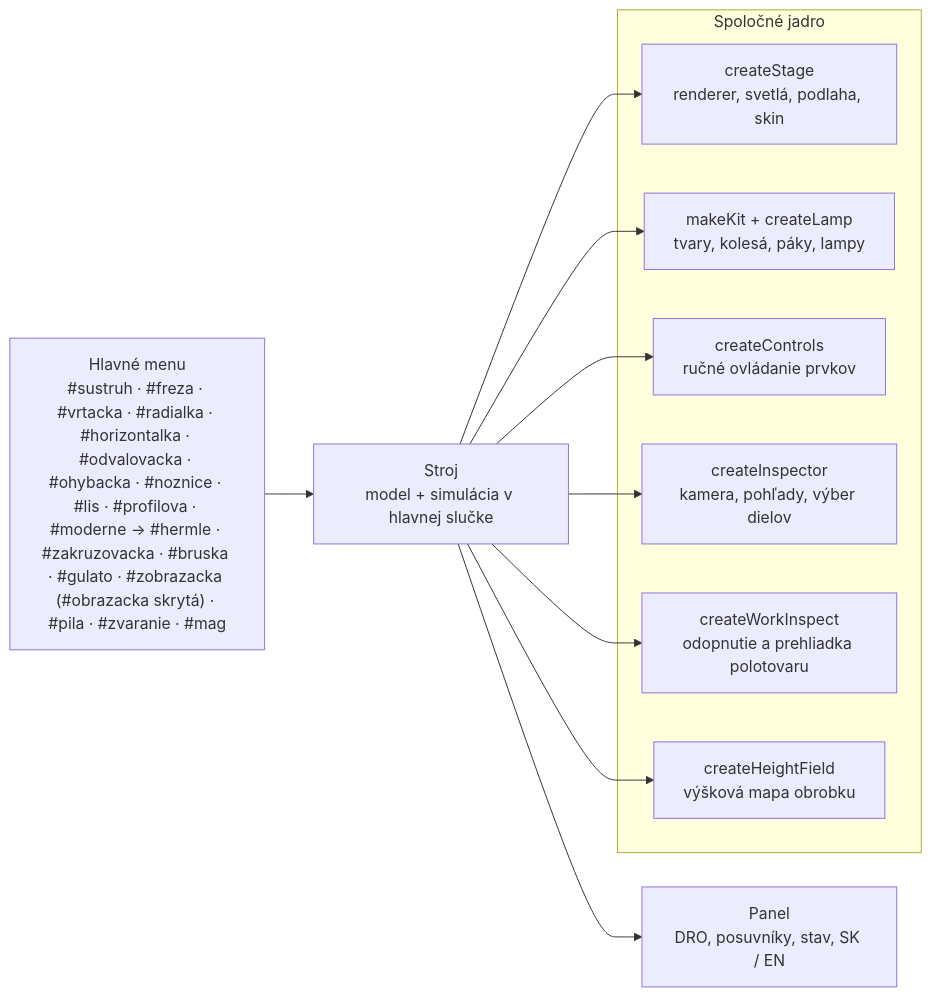
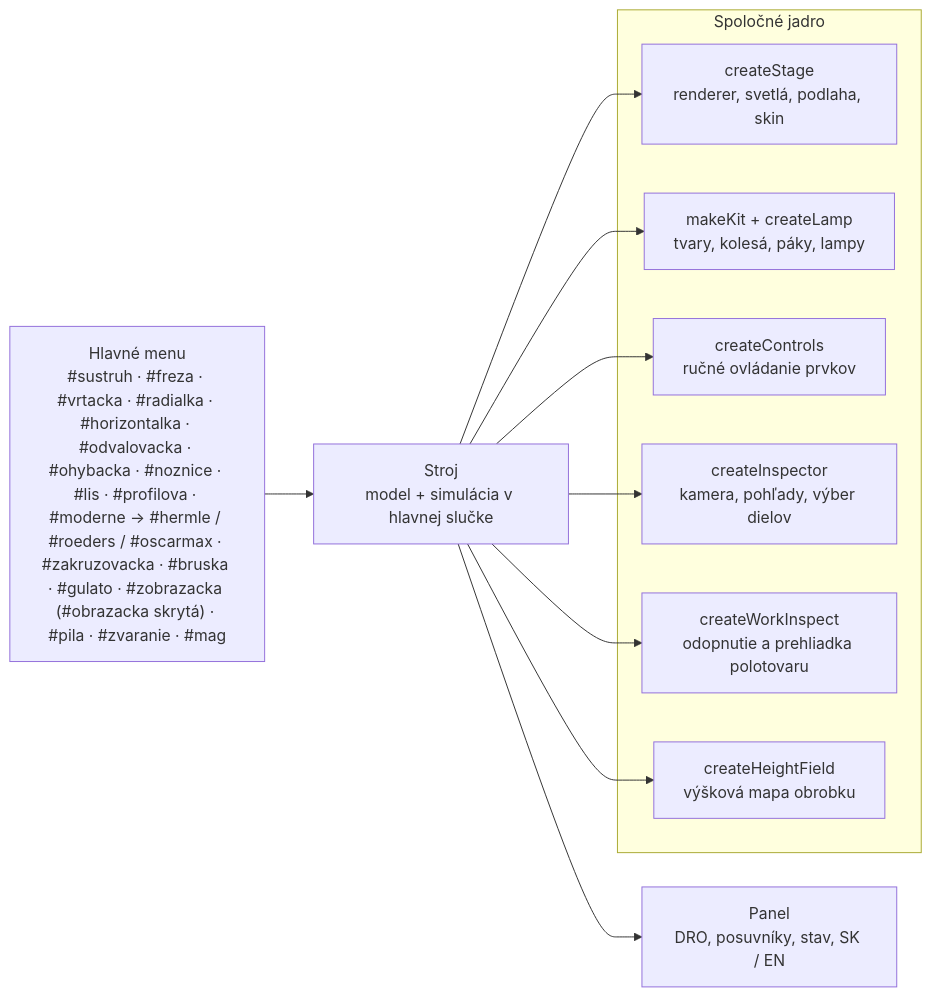
The diagram in README.md (bucala/Real-machine-tools), drawn with Mermaid before and after one commit. The commit also changed other lines of this file and 86 other files, not shown here.

Commit message:
Add Roeders RXU 1001 DSH and Oscarmax EX 500 simulators

````diff
--- a/README.md
+++ b/README.md
@@ -313,14 +344,14 @@
 ```mermaid
 flowchart LR
-  menu["Hlavné menu<br/>#sustruh · #freza · #vrtacka · #radialka · #horizontalka · #odvalovacka · #ohybacka · #noznice · #lis · #profilova · #moderne → #hermle · #zakruzovacka · #bruska · #gulato · #zobrazacka (#obrazacka skrytá) · #pila · #zvaranie · #mag"] --> machine
+  menu["Hlavné menu<br/>#sustruh · #freza · #vrtacka · #radialka · #horizontalka · #odvalovacka · #ohybacka · #noznice · #lis · #profilova · #moderne → #hermle / #roeders / #oscarmax · #zakruzovacka · #bruska · #gulato · #zobrazacka (#obrazacka skrytá) · #pila · #zvaranie · #mag"] --> machine
   subgraph core["Spoločné jadro"]
     stage["createStage<br/>renderer, svetlá, podlaha, skin"]
     kit["makeKit + createLamp<br/>tvary, kolesá, páky, lampy"]
     ctrl["createControls<br/>ručné ovládanie prvkov"]
     insp["createInspector<br/>kamera, pohľady, výber dielov"]
     wi["createWorkInspect<br/>odopnutie a prehliadka polotovaru"]
     hf["createHeightField<br/>výšková mapa obrobku"]
   end
   machine["Stroj<br/>model + simulácia v hlavnej slučke"] --> stage & kit & ctrl & insp & wi & hf
   machine --> panel["Panel<br/>DRO, posuvníky, stav, SK / EN"]
 ```
````
